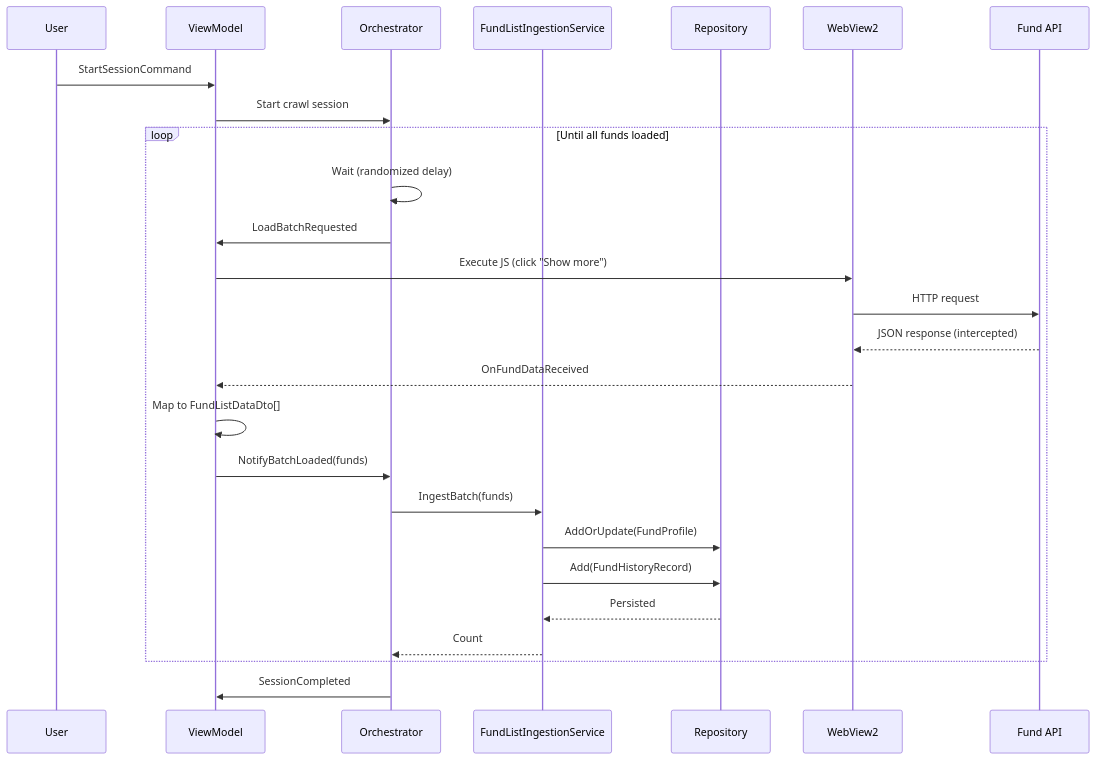
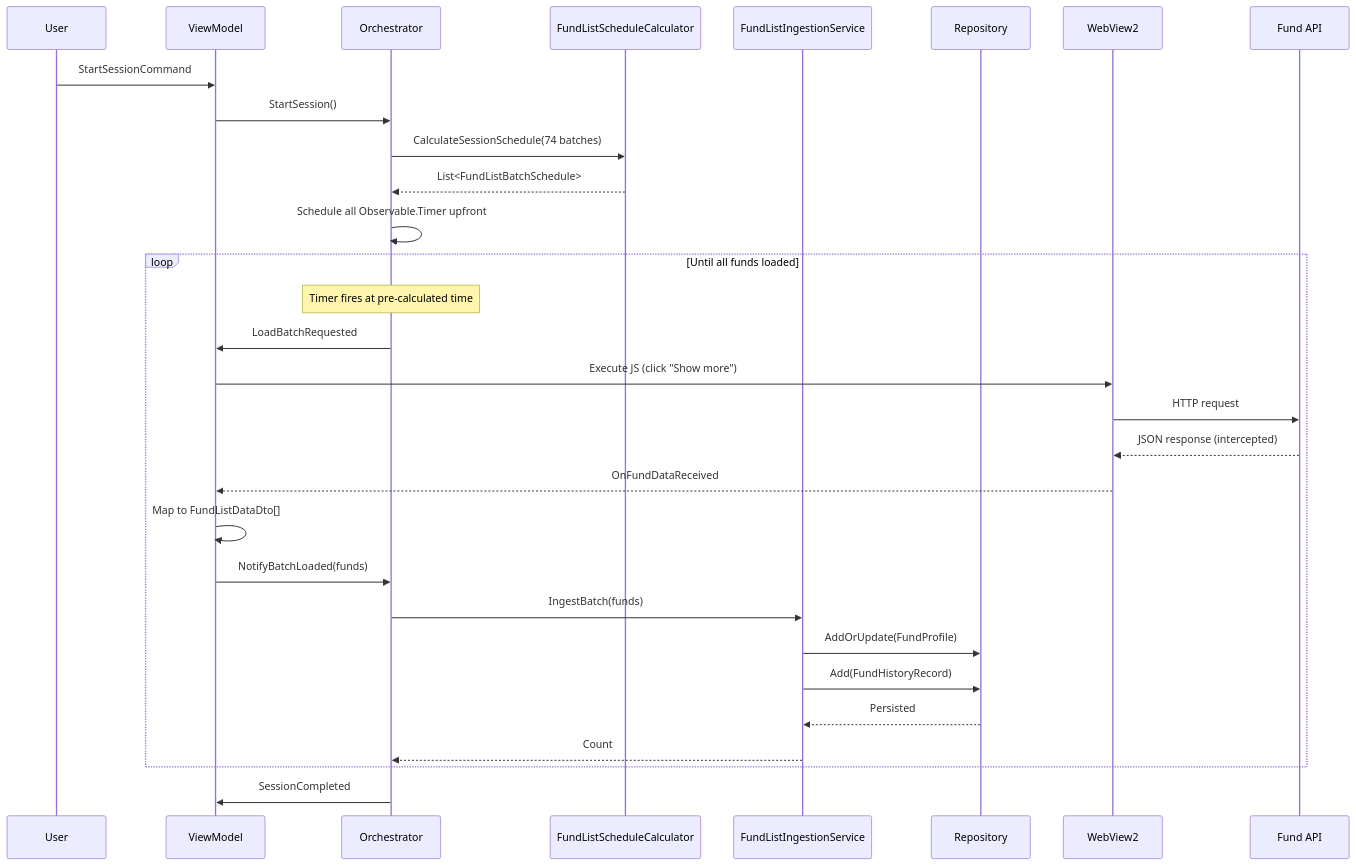
One commit to Muhomorik/SemanticKernel-FundDocsQnA-dotnet-nextjs changed the fourth of 8 diagrams in YieldRaccoon/README.md. Above: the diagram before and after it, drawn with Mermaid. The commit also changed other lines of this file, not shown here.

Commit message:
Update `README.md`: add details about FundList orchestration and pre-calculated scheduling

````diff
--- a/YieldRaccoon/README.md
+++ b/YieldRaccoon/README.md
@@ -305,29 +308,33 @@
 ```mermaid
 sequenceDiagram
     participant User
     participant VM as ViewModel
     participant Orchestrator
+    participant Calculator as FundListScheduleCalculator
     participant Ingestion as FundListIngestionService
     participant Repo as Repository
     participant WebView2
     participant API as Fund API
 
     User->>VM: StartSessionCommand
-    VM->>Orchestrator: Start crawl session
+    VM->>Orchestrator: StartSession()
+    Orchestrator->>Calculator: CalculateSessionSchedule(74 batches)
+    Calculator-->>Orchestrator: List<FundListBatchSchedule>
+    Orchestrator->>Orchestrator: Schedule all Observable.Timer upfront
     loop Until all funds loaded
-        Orchestrator->>Orchestrator: Wait (randomized delay)
+        Note over Orchestrator: Timer fires at pre-calculated time
         Orchestrator->>VM: LoadBatchRequested
         VM->>WebView2: Execute JS (click "Show more")
         WebView2->>API: HTTP request
         API-->>WebView2: JSON response (intercepted)
         WebView2-->>VM: OnFundDataReceived
         VM->>VM: Map to FundListDataDto[]
         VM->>Orchestrator: NotifyBatchLoaded(funds)
         Orchestrator->>Ingestion: IngestBatch(funds)
         Ingestion->>Repo: AddOrUpdate(FundProfile)
         Ingestion->>Repo: Add(FundHistoryRecord)
         Repo-->>Ingestion: Persisted
         Ingestion-->>Orchestrator: Count
     end
     Orchestrator->>VM: SessionCompleted
 ```
````
